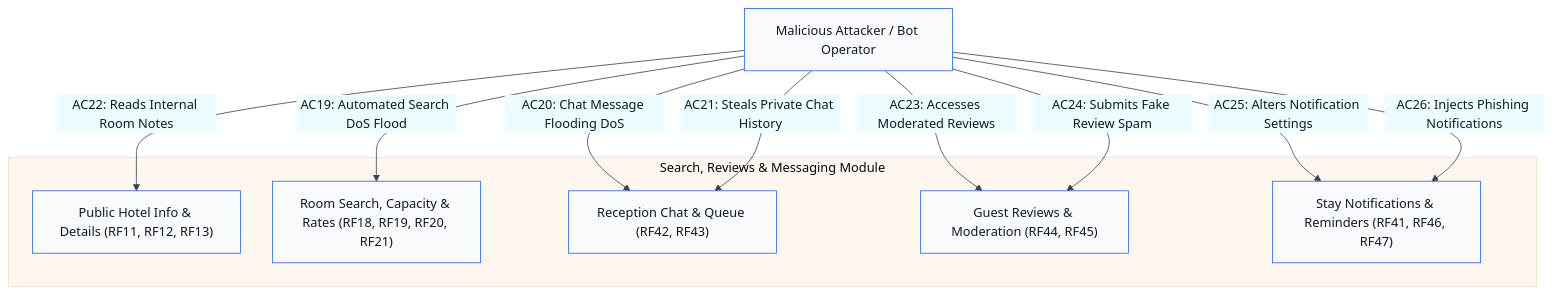
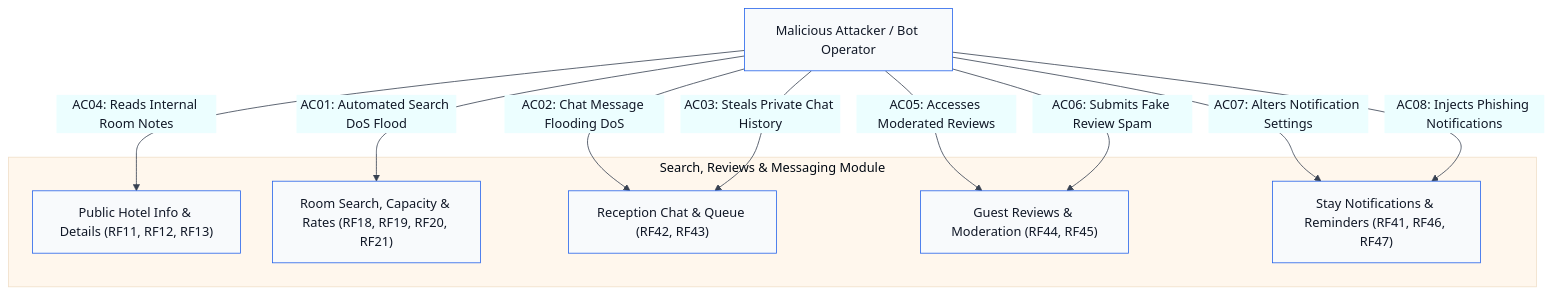
One commit to yIuriy/HospedaTche changed the diagram in artifacts/diagrams/search-messaging-abuse-cases.mmd. Above: the diagram before and after it, drawn with Mermaid.

Commit message:
Refine search messaging abuse cases diagram layout and AC01 to AC08 numbering

```diff
--- a/artifacts/diagrams/search-messaging-abuse-cases.mmd
+++ b/artifacts/diagrams/search-messaging-abuse-cases.mmd
@@ -1,36 +1,36 @@
 %%{init: {
   "theme": "base",
   "flowchart": {
     "curve": "smooth",
     "nodeSpacing": 40,
     "rankSpacing": 60
   },
   "themeVariables": {
     "primaryColor": "#f8fafc",
     "primaryTextColor": "#111827",
     "primaryBorderColor": "#2563eb",
     "lineColor": "#374151",
     "secondaryColor": "#ecfeff",
     "tertiaryColor": "#fff7ed",
     "fontFamily": "Arial"
   }
 }}%%
 flowchart TD
     Attacker[Malicious Attacker / Bot Operator]
 
     subgraph SearchMessagingModule["Search, Reviews & Messaging Module"]
         PublicInfoAPI["Public Hotel Info & Details (RF11, RF12, RF13)"]
         SearchAPI["Room Search, Capacity & Rates (RF18, RF19, RF20, RF21)"]
         ChatService["Reception Chat & Queue (RF42, RF43)"]
         ReviewService["Guest Reviews & Moderation (RF44, RF45)"]
         NotifService["Stay Notifications & Reminders (RF41, RF46, RF47)"]
     end
 
-    Attacker -->|AC19: Automated Search DoS Flood| SearchAPI
-    Attacker -->|AC20: Chat Message Flooding DoS| ChatService
-    Attacker -->|AC21: Steals Private Chat History| ChatService
-    Attacker -->|AC22: Reads Internal Room Notes| PublicInfoAPI
-    Attacker -->|AC23: Accesses Moderated Reviews| ReviewService
-    Attacker -->|AC24: Submits Fake Review Spam| ReviewService
-    Attacker -->|AC25: Alters Notification Settings| NotifService
-    Attacker -->|AC26: Injects Phishing Notifications| NotifService
+    Attacker -->|AC01: Automated Search DoS Flood| SearchAPI
+    Attacker -->|AC02: Chat Message Flooding DoS| ChatService
+    Attacker -->|AC03: Steals Private Chat History| ChatService
+    Attacker -->|AC04: Reads Internal Room Notes| PublicInfoAPI
+    Attacker -->|AC05: Accesses Moderated Reviews| ReviewService
+    Attacker -->|AC06: Submits Fake Review Spam| ReviewService
+    Attacker -->|AC07: Alters Notification Settings| NotifService
+    Attacker -->|AC08: Injects Phishing Notifications| NotifService
```
